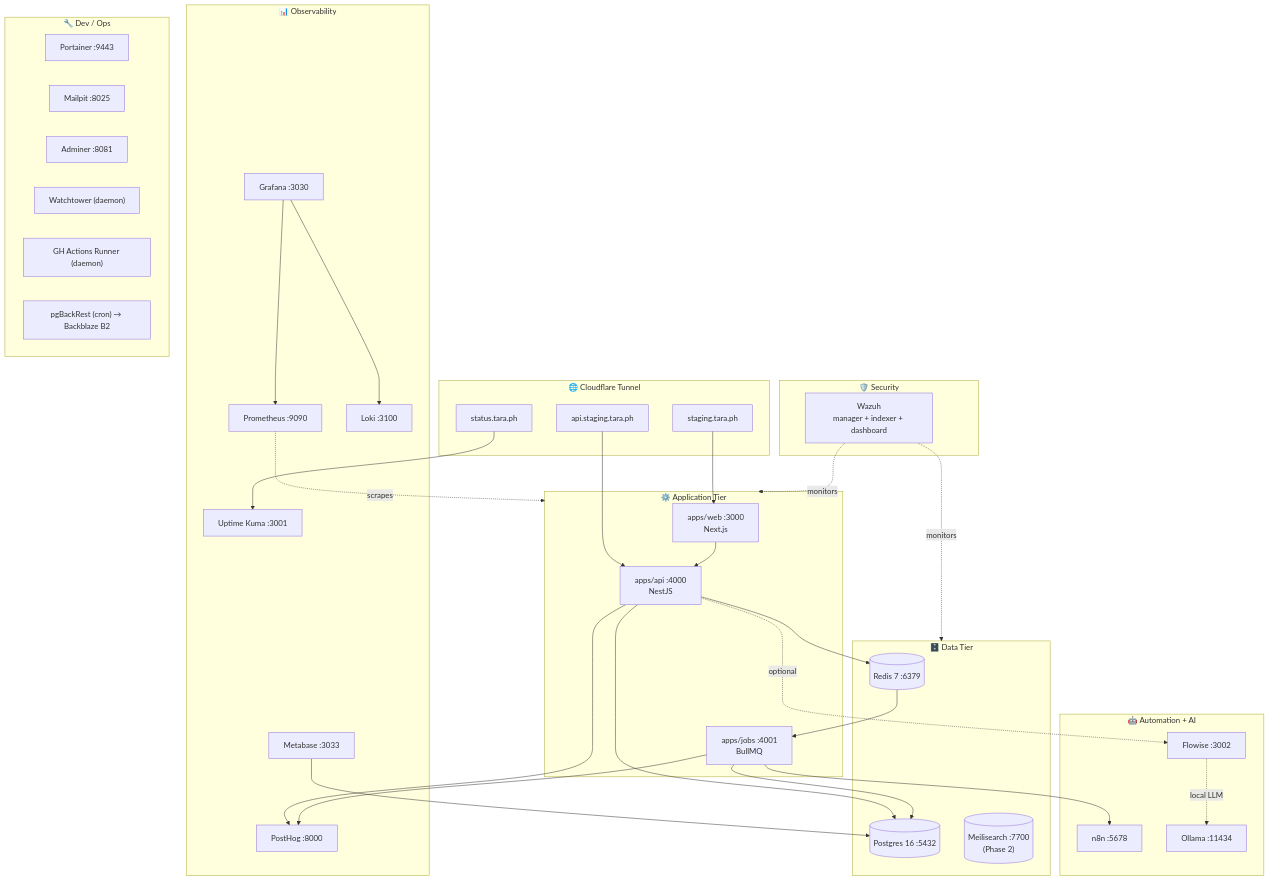
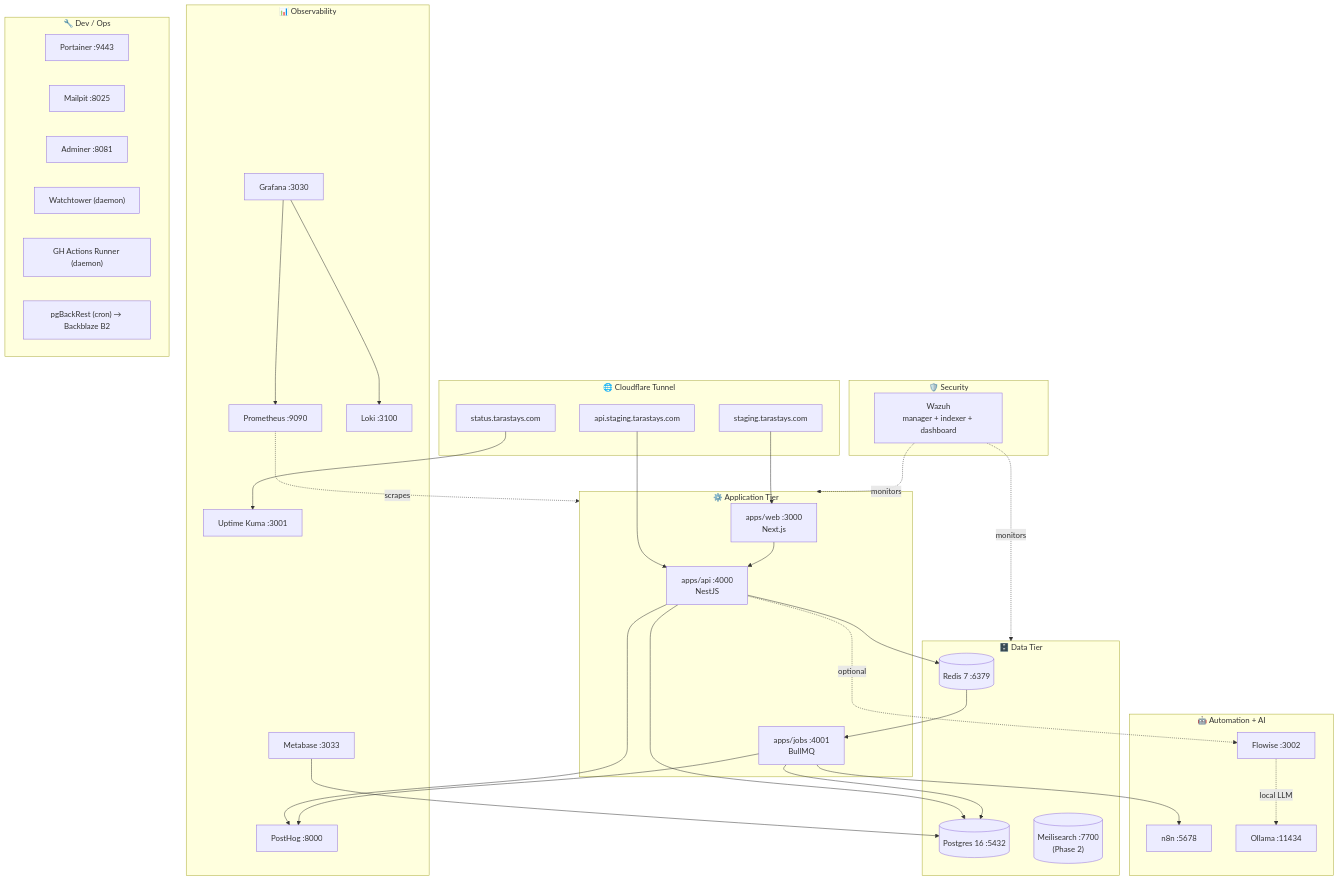
One commit to ialexies/tara changed the fifth of 17 diagrams in docs/architecture/diagrams.md. Above: the diagram before and after it, drawn with Mermaid. The commit also changed other lines of this file and 4 other files, not shown here.

Commit message:
chore: lock in tarastays.com as production domain

````diff
--- a/docs/architecture/diagrams.md
+++ b/docs/architecture/diagrams.md
@@ -226,71 +226,71 @@
 ```mermaid
 flowchart TB
   subgraph CFEdge["🌐 Cloudflare Tunnel"]
-    T1["staging.tara.ph"]
-    T2["api.staging.tara.ph"]
-    T3["status.tara.ph"]
+    T1["staging.tarastays.com"]
+    T2["api.staging.tarastays.com"]
+    T3["status.tarastays.com"]
   end
 
   subgraph App["⚙️ Application Tier"]
     Web["apps/web :3000<br/>Next.js"]
     API["apps/api :4000<br/>NestJS"]
     Jobs["apps/jobs :4001<br/>BullMQ"]
   end
 
   subgraph Data["🗄️ Data Tier"]
     PG[("Postgres 16 :5432")]
     RD[("Redis 7 :6379")]
     MS[("Meilisearch :7700<br/>(Phase 2)")]
   end
 
   subgraph AI["🤖 Automation + AI"]
     N8N["n8n :5678"]
     FW["Flowise :3002"]
     OL["Ollama :11434"]
   end
 
   subgraph Obs["📊 Observability"]
     UK["Uptime Kuma :3001"]
     GR["Grafana :3030"]
     PR["Prometheus :9090"]
     LO["Loki :3100"]
     PH["PostHog :8000"]
     MB["Metabase :3033"]
   end
 
   subgraph Sec["🛡️ Security"]
     WZ["Wazuh<br/>manager + indexer + dashboard"]
   end
 
   subgraph DevOps["🔧 Dev / Ops"]
     PT["Portainer :9443"]
     MP["Mailpit :8025"]
     AD["Adminer :8081"]
     WT["Watchtower (daemon)"]
     GAR["GH Actions Runner (daemon)"]
     BR["pgBackRest (cron) → Backblaze B2"]
   end
 
   T1 --> Web
   T2 --> API
   T3 --> UK
 
   Web --> API
   API --> PG
   API --> RD
   RD --> Jobs
   Jobs --> PG
   Jobs --> N8N
   API -.optional.-> FW
   FW -.local LLM.-> OL
 
   API --> PH
   Jobs --> PH
   MB --> PG
 
   WZ -.monitors.-> App
   WZ -.monitors.-> Data
   GR --> PR
   GR --> LO
   PR -.scrapes.-> App
 ```
````
